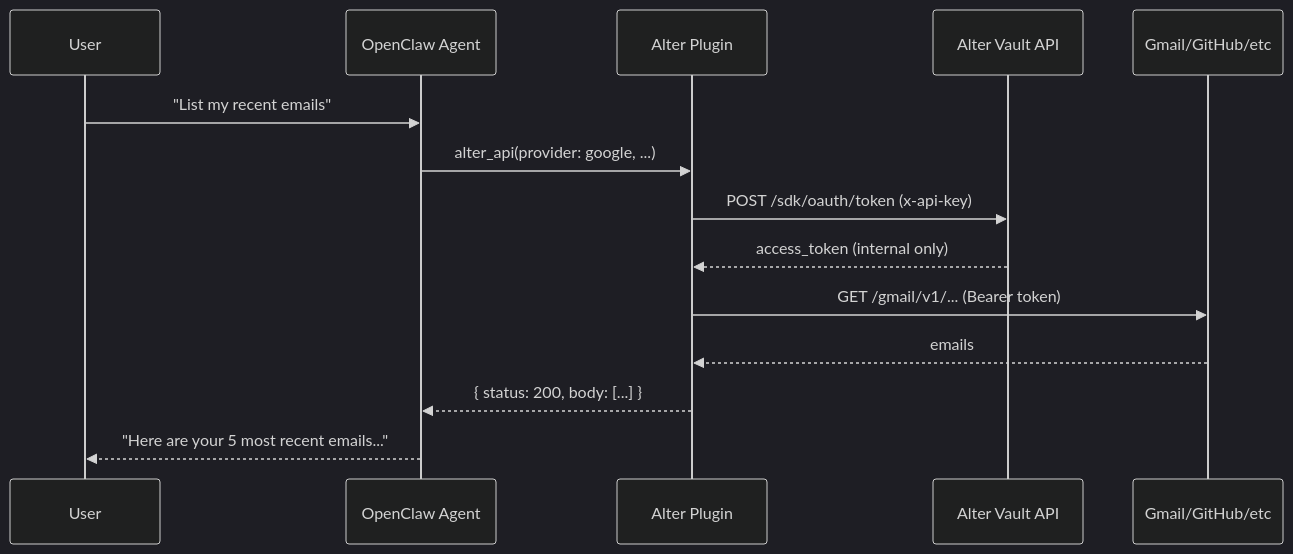
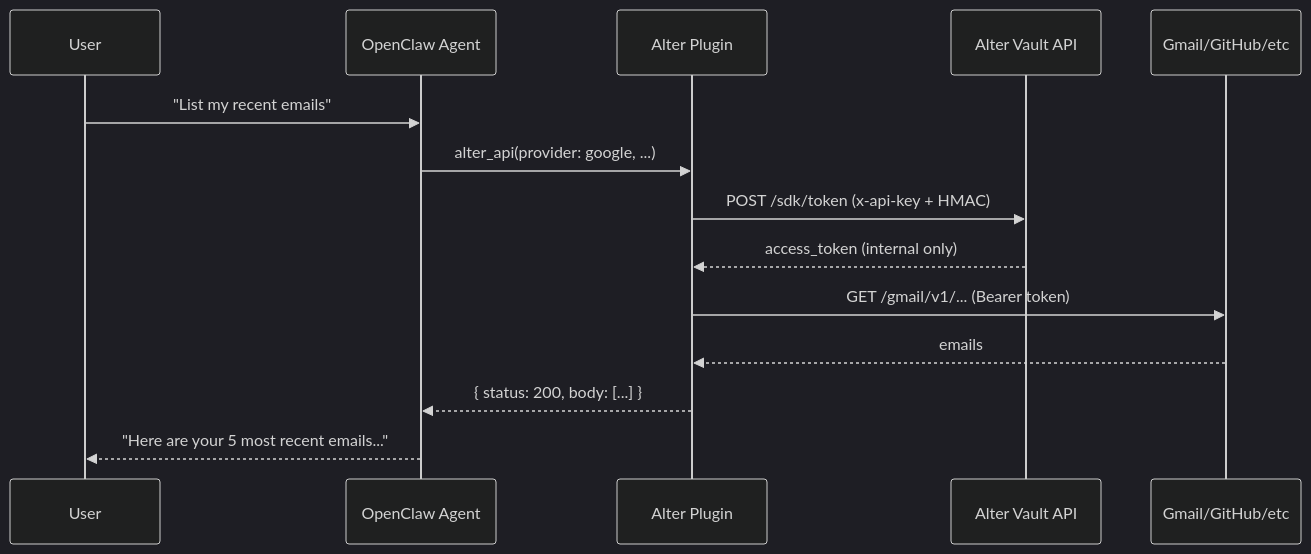
The diagram in integrations/openclaw.mdx (AlterAIDev/docs), drawn with Mermaid (dark theme) before and after one commit. The commit also changed other lines of this file and 3 other files, not shown here.

Commit message:
Sync documentation from Alter-Vault (main)

````diff
--- a/integrations/openclaw.mdx
+++ b/integrations/openclaw.mdx
@@ -12,17 +12,17 @@
 ```mermaid
 sequenceDiagram
     participant User
     participant OpenClaw Agent
     participant Alter Plugin
     participant Alter Vault API
     participant Gmail/GitHub/etc
 
     User->>OpenClaw Agent: "List my recent emails"
     OpenClaw Agent->>Alter Plugin: alter_api(provider: google, ...)
-    Alter Plugin->>Alter Vault API: POST /sdk/oauth/token (x-api-key)
+    Alter Plugin->>Alter Vault API: POST /sdk/token (x-api-key + HMAC)
     Alter Vault API-->>Alter Plugin: access_token (internal only)
     Alter Plugin->>Gmail/GitHub/etc: GET /gmail/v1/... (Bearer token)
     Gmail/GitHub/etc-->>Alter Plugin: emails
     Alter Plugin-->>OpenClaw Agent: { status: 200, body: [...] }
     OpenClaw Agent-->>User: "Here are your 5 most recent emails..."
 ```
````
